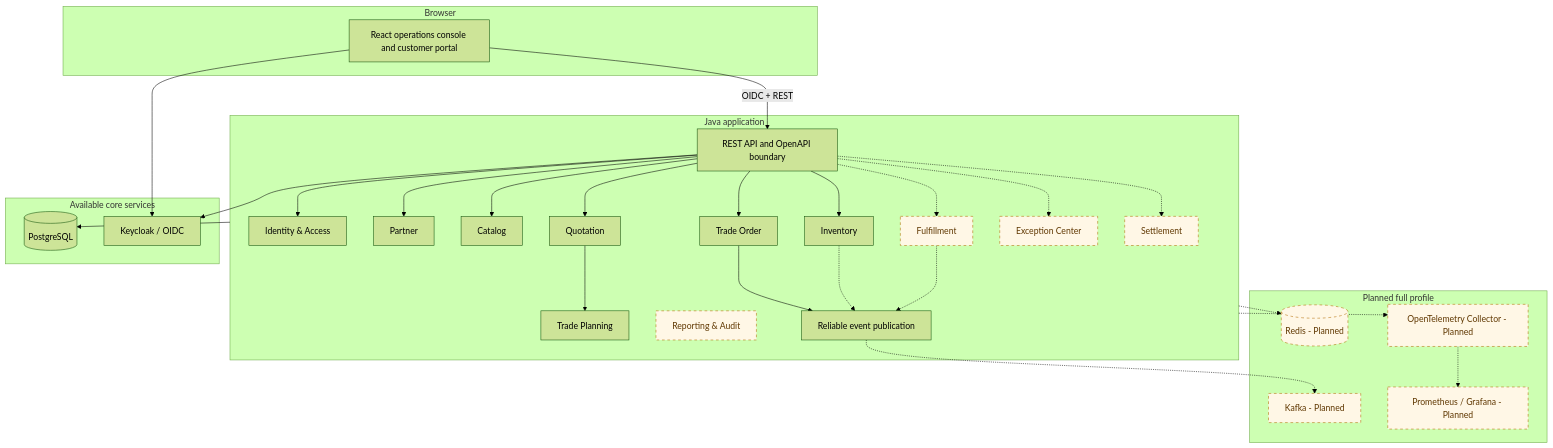
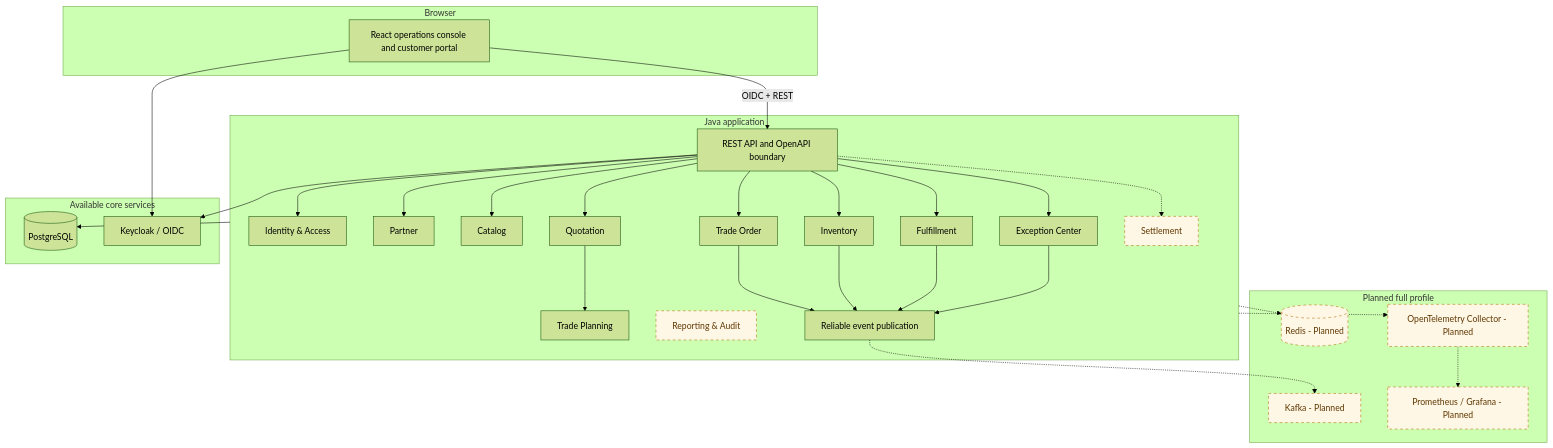
Before and after one commit to RomanticHW/cellarbridge-platform: the second of 3 diagrams in README.md, drawn with Mermaid (forest theme). The commit also changed other lines of this file and 7 other files, not shown here.

````diff
--- a/README.md
+++ b/README.md
@@ -66,59 +66,60 @@
 ```mermaid
 flowchart TB
     subgraph Browser[Browser]
         UI[React operations console and customer portal]
     end
 
     subgraph App[Java application]
         API[REST API and OpenAPI boundary]
         IAM[Identity & Access]
         PAR[Partner]
         CAT[Catalog]
         INV[Inventory]
         QUO[Quotation]
         TRD[Trade Planning]
         ORD[Trade Order]
         FUL[Fulfillment]
         EXC[Exception Center]
         SET[Settlement]
         REP[Reporting & Audit]
         EVT[Reliable event publication]
     end
 
     subgraph CorePlatform[Available core services]
         PG[(PostgreSQL)]
         KC[Keycloak / OIDC]
     end
 
     subgraph PlannedPlatform[Planned full profile]
         REDIS[(Redis - Planned)]
         KAFKA[Kafka - Planned]
         OTEL[OpenTelemetry Collector - Planned]
         METRICS[Prometheus / Grafana - Planned]
     end
 
     UI -->|OIDC + REST| API
     API --> IAM
     API --> PAR
     API --> CAT
     API --> INV
     API --> QUO
     API --> ORD
-    API -.-> FUL
-    API -.-> EXC
+    API --> FUL
+    API --> EXC
     API -.-> SET
     QUO --> TRD
     ORD --> EVT
-    INV -.-> EVT
-    FUL -.-> EVT
+    INV --> EVT
+    FUL --> EVT
+    EXC --> EVT
     EVT -.-> KAFKA
     App --> PG
     App -.-> REDIS
     UI --> KC
     API --> KC
     App -.-> OTEL
     OTEL -.-> METRICS
 
     classDef planned fill:#fff7e6,stroke:#b26a00,color:#5f3700,stroke-dasharray:5 5;
-    class FUL,EXC,SET,REP,REDIS,KAFKA,OTEL,METRICS planned;
+    class SET,REP,REDIS,KAFKA,OTEL,METRICS planned;
 ```
````
